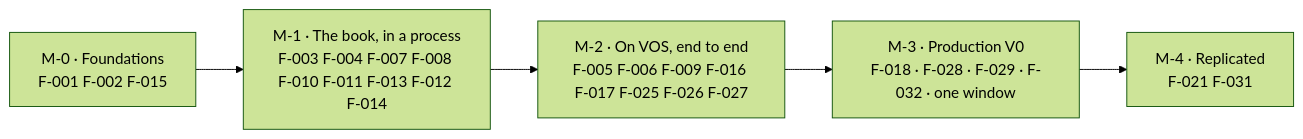
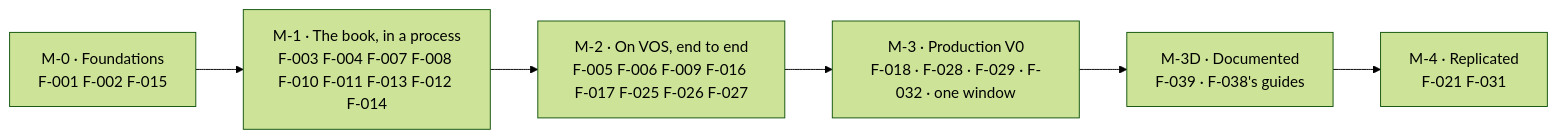
The second of 2 diagrams in PLAN.md (bloque-app/aledgent), drawn with Mermaid (forest theme) before and after one commit. The commit also changed other lines of this file, not shown here.

Commit message:
docs(plan): M-3D Documented between M-3 and M-4, with F-039 (proposed)

````diff
--- a/PLAN.md
+++ b/PLAN.md
@@ -1174,7 +1175,8 @@
 ```mermaid
 flowchart LR
     M0["M-0 · Foundations<br/>F-001 F-002 F-015"] --> M1["M-1 · The book, in a process<br/>F-003 F-004 F-007 F-008 F-010 F-011 F-013 F-012 F-014"]
     M1 --> M2["M-2 · On VOS, end to end<br/>F-005 F-006 F-009 F-016 F-017 F-025 F-026 F-027"]
     M2 --> M3["M-3 · Production V0<br/>F-018 · F-028 · F-029 · F-032 · one window"]
-    M3 --> M4["M-4 · Replicated<br/>F-021 F-031"]
+    M3 --> M3D["M-3D · Documented<br/>F-039 · F-038's guides"]
+    M3D --> M4["M-4 · Replicated<br/>F-021 F-031"]
 ```
````
